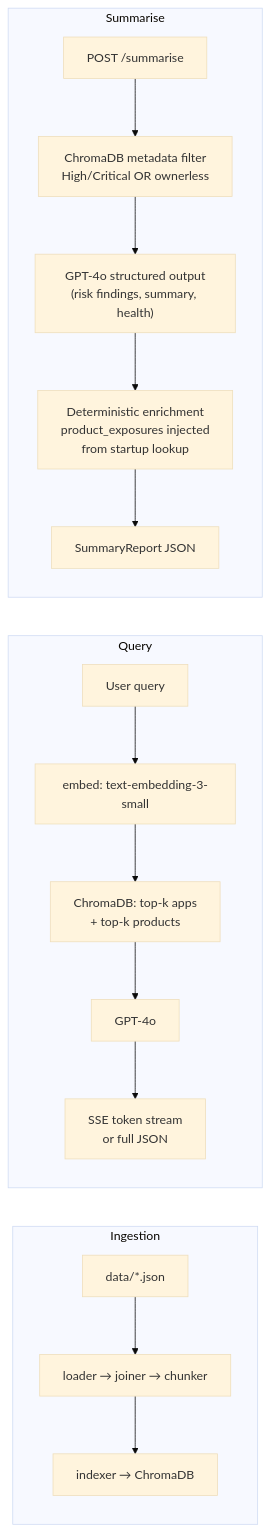
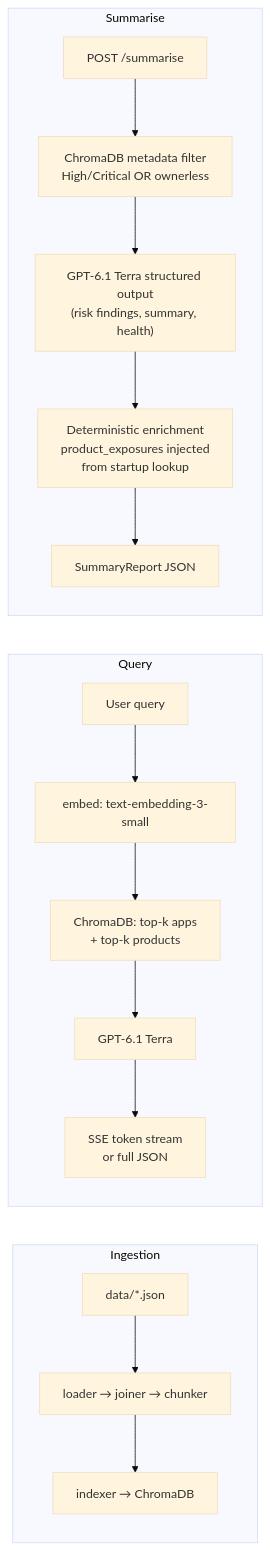
Before and after one commit to samww/product-portfolio-rag: the diagram in README.md, drawn with Mermaid (base theme). The commit also changed other lines of this file and 5 other files, not shown here.

First line of the commit message:
Close #72: upgrade generation model from gpt-4o to gpt-6.1-terra

````diff
--- a/README.md
+++ b/README.md
@@ -19,21 +19,21 @@
 ```mermaid
 graph LR
     subgraph Ingestion
         A["data/*.json"] --> B["loader → joiner → chunker"]
         B --> C["indexer → ChromaDB"]
     end
 
     subgraph Query
         D["User query"] --> E["embed: text-embedding-3-small"]
         E --> F["ChromaDB: top-k apps\n+ top-k products"]
-        F --> G["GPT-4o"]
+        F --> G["GPT-6.1 Terra"]
         G --> H["SSE token stream\nor full JSON"]
     end
 
     subgraph Summarise
         I["POST /summarise"] --> J["ChromaDB metadata filter\nHigh/Critical OR ownerless"]
-        J --> K["GPT-4o structured output\n(risk findings, summary, health)"]
+        J --> K["GPT-6.1 Terra structured output\n(risk findings, summary, health)"]
         K --> M["Deterministic enrichment\nproduct_exposures injected\nfrom startup lookup"]
         M --> L["SummaryReport JSON"]
     end
 ```
````
